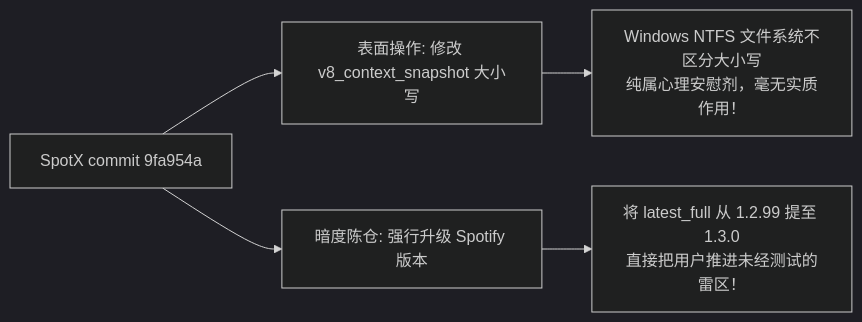
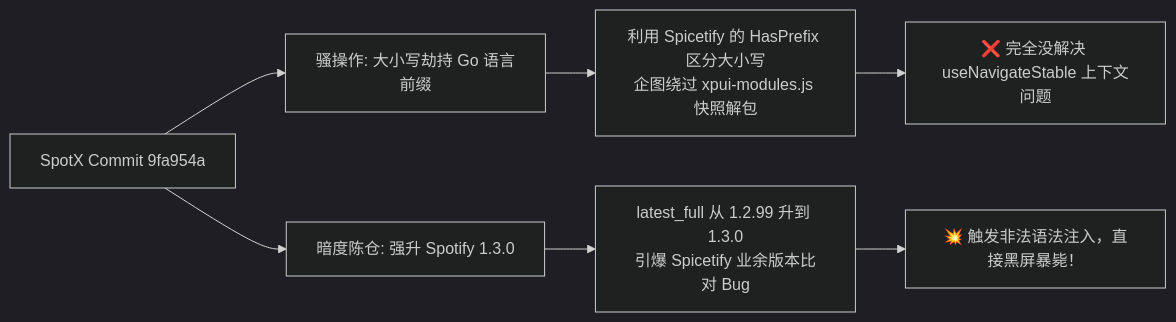
Before and after one commit to ZGQ-inc/jekyll-blog: the first of 2 diagrams in _posts/CopyRightZGQInc/2026-09-10-130892.md, drawn with Mermaid (dark theme). The commit also changed other lines of this file and 1 other file, not shown here.

````diff
--- a/_posts/CopyRightZGQInc/2026-09-10-130892.md
+++ b/_posts/CopyRightZGQInc/2026-09-10-130892.md
@@ -56,7 +74,9 @@
 ```mermaid
 flowchart LR
-    A[SpotX commit 9fa954a] --> B[表面操作: 修改 v8_context_snapshot 大小写]
-    B --> B1[Windows NTFS 文件系统不区分大小写<br/>纯属心理安慰剂，毫无实质作用！]
-    A --> C[暗度陈仓: 强行升级 Spotify 版本]
-    C --> C1[将 latest_full 从 1.2.99 提至 1.3.0<br/>直接把用户推进未经测试的雷区！]
+    A[SpotX Commit 9fa954a] --> B[骚操作: 大小写劫持 Go 语言前缀]
+    B --> B1[利用 Spicetify 的 HasPrefix 区分大小写<br/>企图绕过 xpui-modules.js 快照解包]
+    B1 --> B2[❌ 完全没解决 useNavigateStable 上下文问题]
+    A --> C[暗度陈仓: 强升 Spotify 1.3.0]
+    C --> C1[latest_full 从 1.2.99 升到 1.3.0<br/>引爆 Spicetify 业余版本比对 Bug]
+    C1 --> C2[💥 触发非法语法注入，直接黑屏暴毙！]
 ```
````
